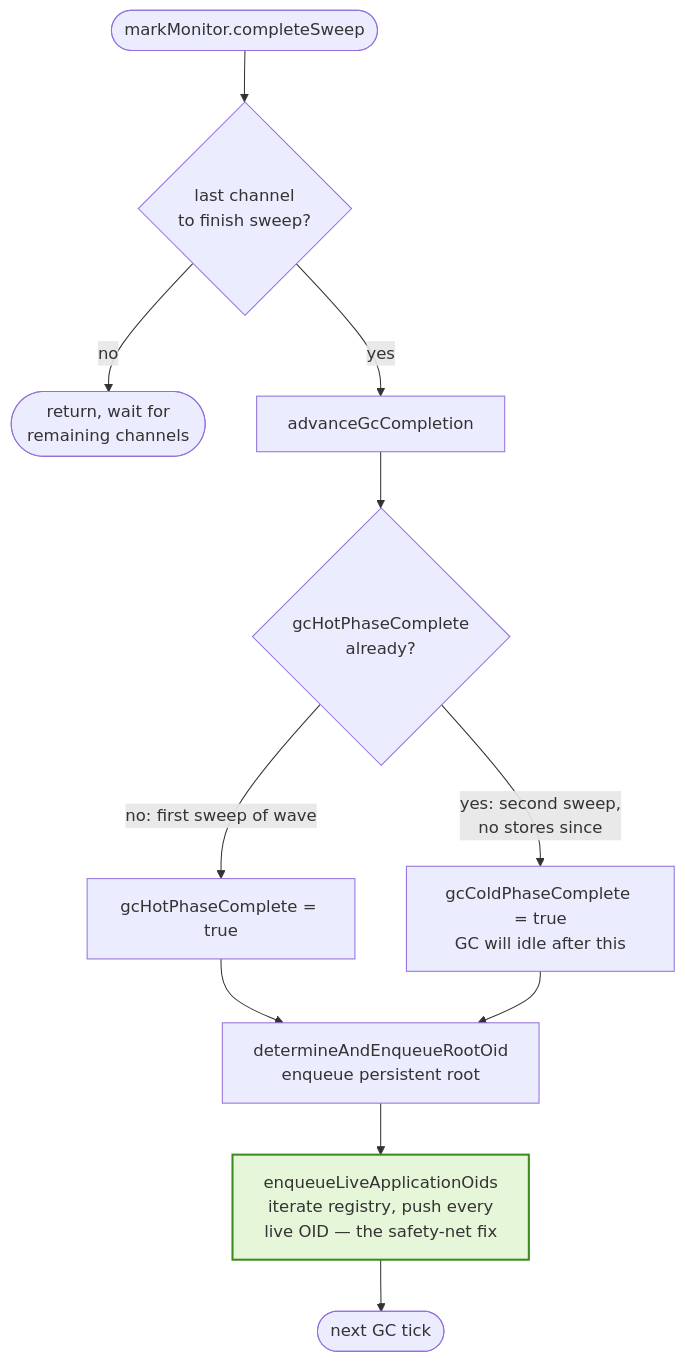
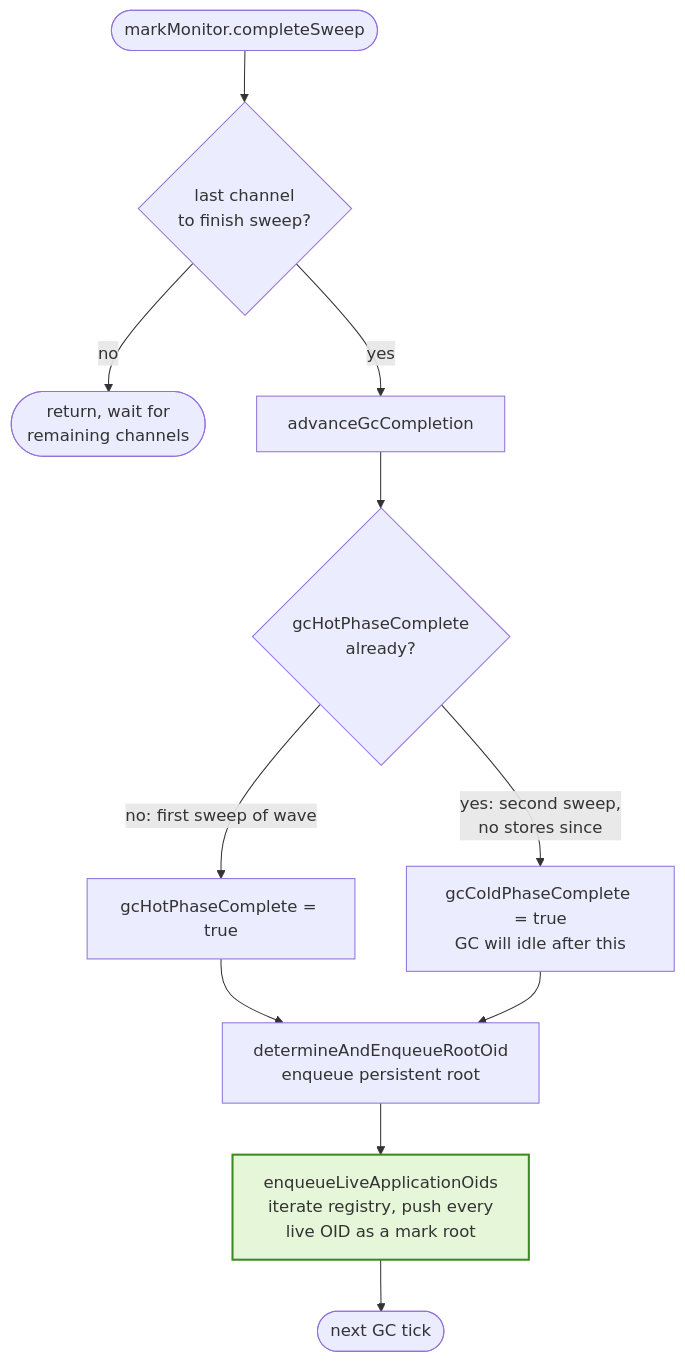
The fifth of 6 diagrams in storage/storage/GC.md (eclipse-store/store), drawn with Mermaid before and after one commit. The commit also changed other lines of this file, not shown here.

Commit message:
Refine documentation in GC.md to clarify application-state root seeding in garbage collection

````diff
--- a/storage/storage/GC.md
+++ b/storage/storage/GC.md
@@ -152,16 +152,16 @@
 ```mermaid
 flowchart TD
     CS(["markMonitor.completeSweep"]) --> L{"last channel<br/>to finish sweep?"}
     L -->|no| R(["return, wait for<br/>remaining channels"])
     L -->|yes| Adv["advanceGcCompletion"]
     Adv --> H{"gcHotPhaseComplete<br/>already?"}
     H -->|no: first sweep of wave| SH["gcHotPhaseComplete = true"]
     H -->|yes: second sweep,<br/>no stores since| SC["gcColdPhaseComplete = true<br/>GC will idle after this"]
     SH --> Seed1["determineAndEnqueueRootOid<br/>enqueue persistent root"]
     SC --> Seed1
-    Seed1 --> Seed2["enqueueLiveApplicationOids<br/>iterate registry, push every<br/>live OID — the safety-net fix"]
+    Seed1 --> Seed2["enqueueLiveApplicationOids<br/>iterate registry, push every<br/>live OID as a mark root"]
     Seed2 --> N(["next GC tick"])
 
-    classDef fix fill:#e5f6d9,stroke:#3d8b1e,stroke-width:2px
-    class Seed2 fix
+    classDef appRoots fill:#e5f6d9,stroke:#3d8b1e,stroke-width:2px
+    class Seed2 appRoots
 ```
````
